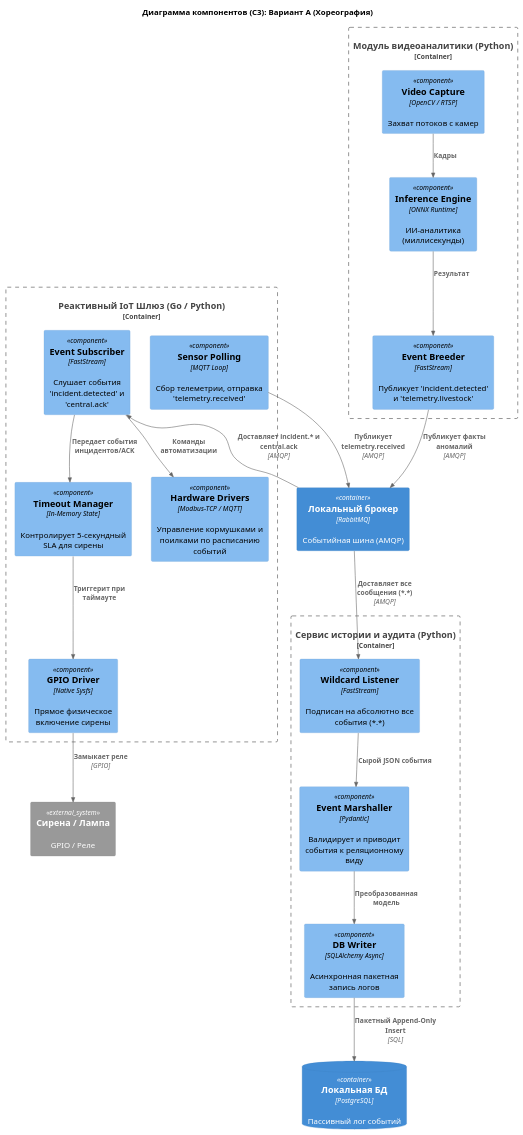
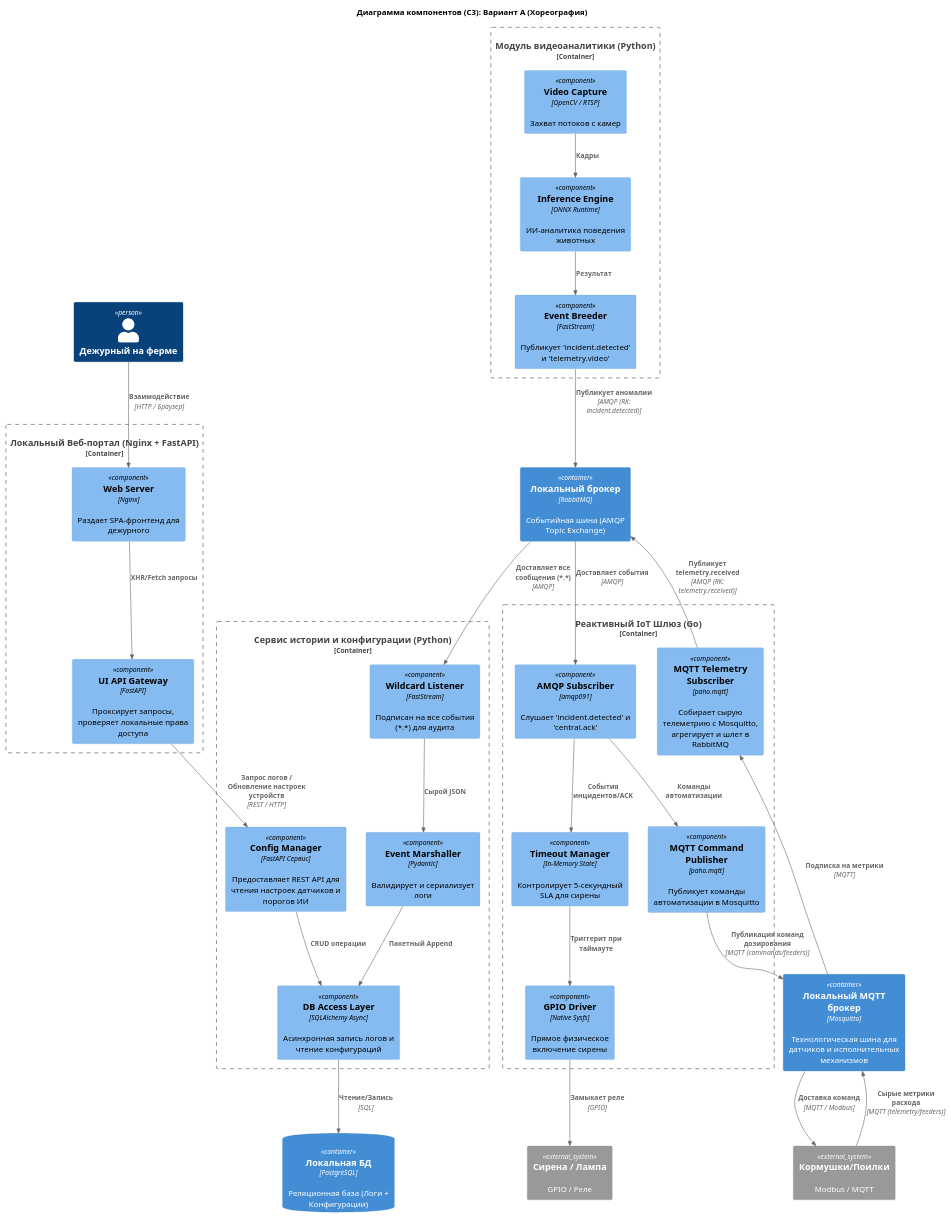
One commit to daelin44/MSA-AgroTech changed the diagram in task3/component_main.puml. Above: the diagram before and after it, drawn with PlantUML. The commit also changed 4 other files, not shown here.

```diff
--- a/task3/component_main.puml
+++ b/task3/component_main.puml
@@ -1,50 +1,71 @@
 @startuml Архитектура_АгроТех_C3_Хореография
 
 !include https://raw.githubusercontent.com/RicardoNiepel/C4-PlantUML/master/C4_Component.puml
 
 title Диаграмма компонентов (C3): Вариант А (Хореография)
 
-Container(local_broker, "Локальный брокер", "RabbitMQ", "Событийная шина (AMQP)")
-ContainerDb(local_db, "Локальная БД", "PostgreSQL", "Пассивный лог событий")
+Container(local_broker, "Локальный брокер", "RabbitMQ", "Событийная шина (AMQP Topic Exchange)")
+Container(local_mqtt, "Локальный MQTT брокер", "Mosquitto", "Технологическая шина для датчиков и исполнительных механизмов")
+ContainerDb(local_db, "Локальная БД", "PostgreSQL", "Реляционная база (Логи + Конфигурации)")
+Person(дежурный, "Дежурный на ферме")
 System_Ext(siren, "Сирена / Лампа", "GPIO / Реле")
+System_Ext(feeders, "Кормушки/Поилки", "Modbus / MQTT")
 
 Container_Boundary(video_boundary, "Модуль видеоаналитики (Python)") {
     Component(video_capture, "Video Capture", "OpenCV / RTSP", "Захват потоков с камер")
-    Component(inference_engine, "Inference Engine", "ONNX Runtime", "ИИ-аналитика (миллисекунды)")
-    Component(event_emitter, "Event Breeder", "FastStream", "Публикует 'incident.detected' и 'telemetry.livestock'")
+    Component(inference_engine, "Inference Engine", "ONNX Runtime", "ИИ-аналитика поведения животных")
+    Component(event_emitter, "Event Breeder", "FastStream", "Публикует 'incident.detected' и 'telemetry.video'")
     
     Rel(video_capture, inference_engine, "Кадры")
     Rel(inference_engine, event_emitter, "Результат")
 }
 
-Container_Boundary(gateway_boundary, "Реактивный IoT Шлюз (Go / Python)") {
-    Component(event_subscriber, "Event Subscriber", "FastStream", "Слушает события 'incident.detected' и 'central.ack'")
+Container_Boundary(gateway_boundary, "Реактивный IoT Шлюз (Go)") {
+    Component(amqp_subscriber, "AMQP Subscriber", "amqp091", "Слушает 'incident.detected' и 'central.ack'")
     Component(timeout_manager, "Timeout Manager", "In-Memory State", "Контролирует 5-секундный SLA для сирены")
     Component(gpio_driver, "GPIO Driver", "Native Sysfs", "Прямое физическое включение сирены")
-    Component(modbus_mqtt_driver, "Hardware Drivers", "Modbus-TCP / MQTT", "Управление кормушками и поилками по расписанию событий")
-    Component(sensor_polling, "Sensor Polling", "MQTT Loop", "Сбор телеметрии, отправка 'telemetry.received'")
+    Component(mqtt_publisher, "MQTT Command Publisher", "paho.mqtt", "Публикует команды автоматизации в Mosquitto")
+    Component(mqtt_subscriber, "MQTT Telemetry Subscriber", "paho.mqtt", "Собирает сырую телеметрию с Mosquitto, агрегирует и шлет в RabbitMQ")
     
-    Rel(event_subscriber, timeout_manager, "Передает события инцидентов/ACK")
+    Rel(amqp_subscriber, timeout_manager, "События инцидентов/ACK")
     Rel(timeout_manager, gpio_driver, "Триггерит при таймауте")
-    Rel(event_subscriber, modbus_mqtt_driver, "Команды автоматизации")
+    Rel(amqp_subscriber, mqtt_publisher, "Команды автоматизации")
 }
 
-Container_Boundary(logger_boundary, "Сервис истории и аудита (Python)") {
-    Component(wildcard_listener, "Wildcard Listener", "FastStream", "Подписан на абсолютно все события (*.*)")
-    Component(event_marshaller, "Event Marshaller", "Pydantic", "Валидирует и приводит события к реляционному виду")
-    Component(db_writer, "DB Writer", "SQLAlchemy Async", "Асинхронная пакетная запись логов")
+Container_Boundary(ui_boundary, "Локальный Веб-портал (Nginx + FastAPI)") {
+    Component(static_server, "Web Server", "Nginx", "Раздает SPA-фронтенд для дежурного")
+    Component(ui_api, "UI API Gateway", "FastAPI", "Проксирует запросы, проверяет локальные права доступа")
     
-    Rel(wildcard_listener, event_marshaller, "Сырой JSON события")
-    Rel(event_marshaller, db_writer, "Преобразованная модель")
+    Rel(static_server, ui_api, "XHR/Fetch запросы")
 }
 
-' Внешние связи компонентов с брокером и устройствами
-Rel(event_emitter, local_broker, "Публикует факты аномалий", "AMQP")
-Rel(sensor_polling, local_broker, "Публикует telemetry.received", "AMQP")
-Rel(local_broker, event_subscriber, "Доставляет incident.* и central.ack", "AMQP")
+Container_Boundary(logger_boundary, "Сервис истории и конфигурации (Python)") {
+    Component(wildcard_listener, "Wildcard Listener", "FastStream", "Подписан на все события (*.*) для аудита")
+    Component(event_marshaller, "Event Marshaller", "Pydantic", "Валидирует и сериализует логи")
+    Component(config_manager, "Config Manager", "FastAPI Сервис", "Предоставляет REST API для чтения настроек датчиков и порогов ИИ")
+    Component(db_writer, "DB Access Layer", "SQLAlchemy Async", "Асинхронная запись логов и чтение конфигураций")
+    
+    Rel(wildcard_listener, event_marshaller, "Сырой JSON")
+    Rel(event_marshaller, db_writer, "Пакетный Append")
+    Rel(config_manager, db_writer, "CRUD операции")
+}
+
+' Связи пользователей
+Rel(дежурный, static_server, "Взаимодействие", "HTTP / Браузер")
+Rel(ui_api, config_manager, "Запрос логов / Обновление настроек устройств", "REST / HTTP")
+
+' Связи с брокерами и железом
+Rel(event_emitter, local_broker, "Публикует аномалии", "AMQP (RK: incident.detected)")
+Rel(mqtt_subscriber, local_broker, "Публикует telemetry.received", "AMQP (RK: telemetry.received)")
+Rel(local_broker, amqp_subscriber, "Доставляет события", "AMQP")
 Rel(local_broker, wildcard_listener, "Доставляет все сообщения (*.*)", "AMQP")
 
+Rel(feeders, local_mqtt, "Сырые метрики расхода", "MQTT (telemetry/feeders)")
+Rel(local_mqtt, mqtt_subscriber, "Подписка на метрики", "MQTT")
+Rel(mqtt_publisher, local_mqtt, "Публикация команд дозирования", "MQTT (commands/feeders)")
+Rel(local_mqtt, feeders, "Доставка команд", "MQTT / Modbus")
+
 Rel(gpio_driver, siren, "Замыкает реле", "GPIO")
-Rel(db_writer, local_db, "Пакетный Append-Only Insert", "SQL")
+Rel(db_writer, local_db, "Чтение/Запись", "SQL")
 
 @enduml
```
